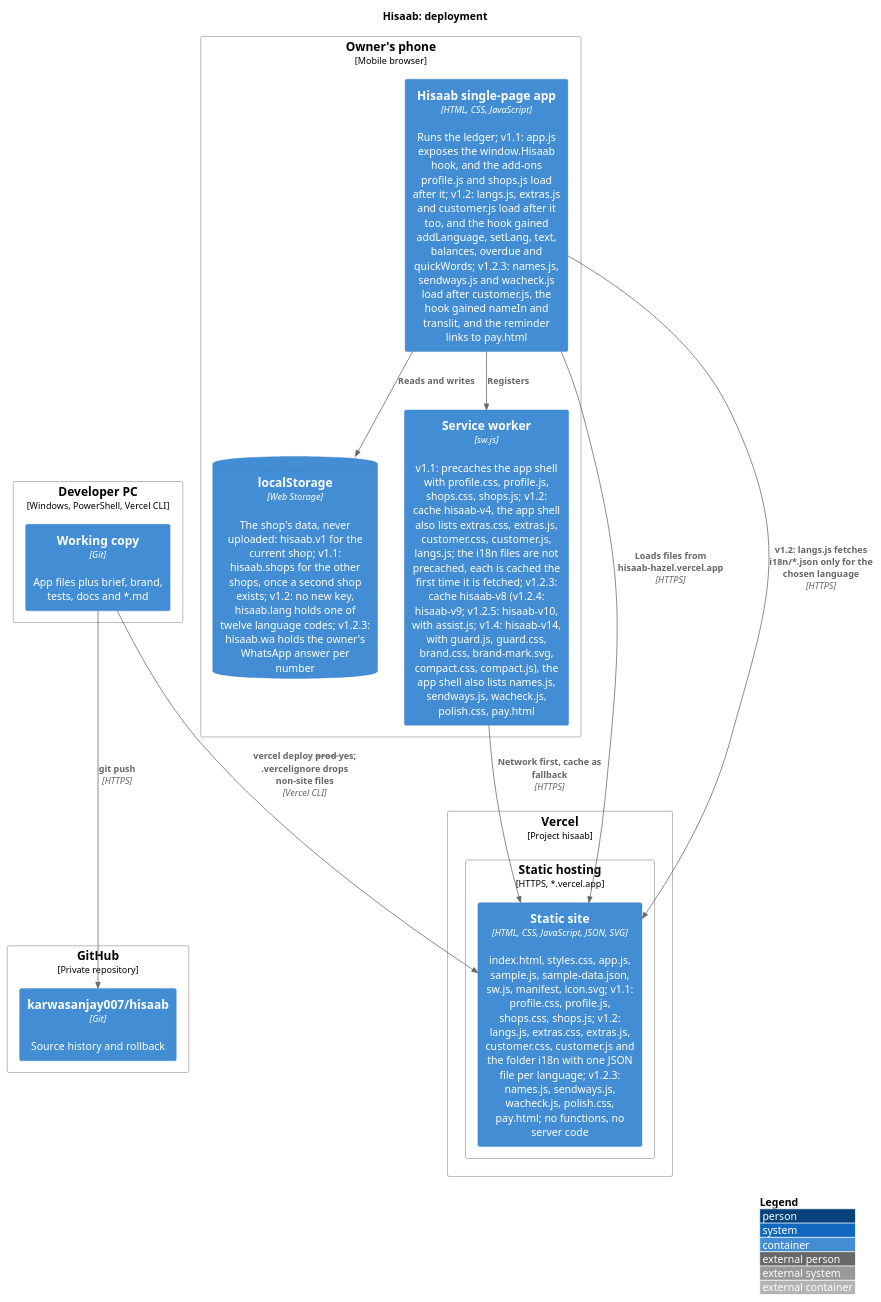
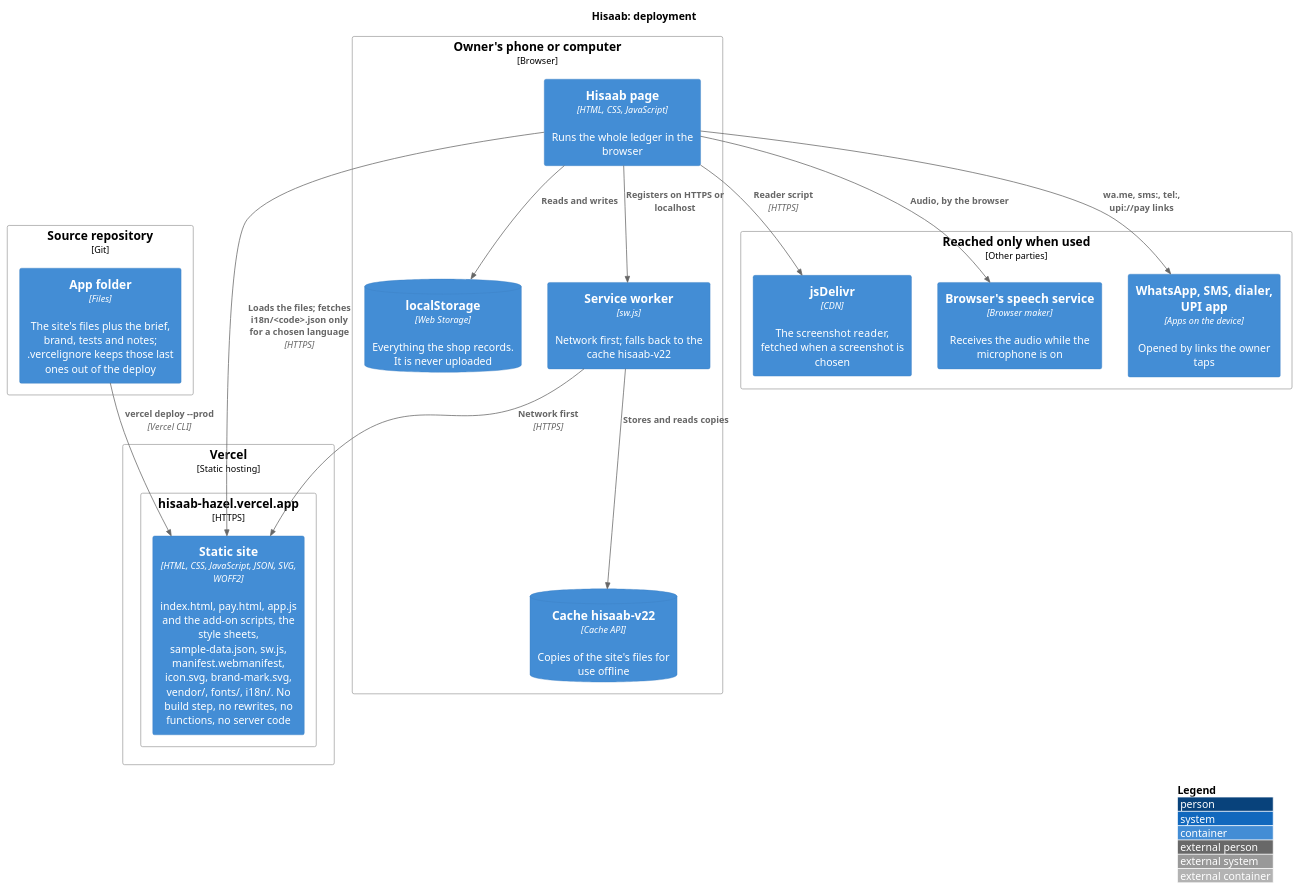
The diagram in docs/diagrams/deployment.puml (karwasanjay007/hisaab-docs), drawn with PlantUML before and after one commit. The commit also changed 62 other files, not shown here.

First line of the commit message:
Documents rewritten as one text about version 1.5.2.1, read from the code

```diff
--- a/docs/diagrams/deployment.puml
+++ b/docs/diagrams/deployment.puml
@@ -1,31 +1,36 @@
 @startuml deployment
 !include <C4/C4_Deployment>
 title Hisaab: deployment
 
-Deployment_Node(dev, "Developer PC", "Windows, PowerShell, Vercel CLI") {
-  Container(src, "Working copy", "Git", "App files plus brief, brand, tests, docs and *.md")
+Deployment_Node(repo, "Source repository", "Git") {
+  Container(src, "App folder", "Files", "The site's files plus the brief, brand, tests and notes; .vercelignore keeps those last ones out of the deploy")
 }
-Deployment_Node(gh, "GitHub", "Private repository") {
-  Container(repo, "karwasanjay007/hisaab", "Git", "Source history and rollback")
-}
-Deployment_Node(vc, "Vercel", "Project hisaab") {
-  Deployment_Node(edge, "Static hosting", "HTTPS, *.vercel.app") {
-    Container(site, "Static site", "HTML, CSS, JavaScript, JSON, SVG", "index.html, styles.css, app.js, sample.js, sample-data.json, sw.js, manifest, icon.svg; v1.1: profile.css, profile.js, shops.css, shops.js; v1.2: langs.js, extras.css, extras.js, customer.css, customer.js and the folder i18n with one JSON file per language; v1.2.3: names.js, sendways.js, wacheck.js, polish.css, pay.html; no functions, no server code")
+Deployment_Node(vc, "Vercel", "Static hosting") {
+  Deployment_Node(edge, "hisaab-hazel.vercel.app", "HTTPS") {
+    Container(site, "Static site", "HTML, CSS, JavaScript, JSON, SVG, WOFF2", "index.html, pay.html, app.js and the add-on scripts, the style sheets, sample-data.json, sw.js, manifest.webmanifest, icon.svg, brand-mark.svg, vendor/, fonts/, i18n/. No build step, no rewrites, no functions, no server code")
   }
 }
-Deployment_Node(phone, "Owner's phone", "Mobile browser") {
-  Container(app, "Hisaab single-page app", "HTML, CSS, JavaScript", "Runs the ledger; v1.1: app.js exposes the window.Hisaab hook, and the add-ons profile.js and shops.js load after it; v1.2: langs.js, extras.js and customer.js load after it too, and the hook gained addLanguage, setLang, text, balances, overdue and quickWords; v1.2.3: names.js, sendways.js and wacheck.js load after customer.js, the hook gained nameIn and translit, and the reminder links to pay.html")
-  ContainerDb(store, "localStorage", "Web Storage", "The shop's data, never uploaded: hisaab.v1 for the current shop; v1.1: hisaab.shops for the other shops, once a second shop exists; v1.2: no new key, hisaab.lang holds one of twelve language codes; v1.2.3: hisaab.wa holds the owner's WhatsApp answer per number")
-  Container(swk, "Service worker", "sw.js", "v1.1: precaches the app shell with profile.css, profile.js, shops.css, shops.js; v1.2: cache hisaab-v4, the app shell also lists extras.css, extras.js, customer.css, customer.js, langs.js; the i18n files are not precached, each is cached the first time it is fetched; v1.2.3: cache hisaab-v8 (v1.2.4: hisaab-v9; v1.2.5: hisaab-v10, with assist.js; v1.4: hisaab-v14, with guard.js, guard.css, brand.css, brand-mark.svg, compact.css, compact.js), the app shell also lists names.js, sendways.js, wacheck.js, polish.css, pay.html")
+Deployment_Node(device, "Owner's phone or computer", "Browser") {
+  Container(app, "Hisaab page", "HTML, CSS, JavaScript", "Runs the whole ledger in the browser")
+  ContainerDb(store, "localStorage", "Web Storage", "Everything the shop records. It is never uploaded")
+  Container(swk, "Service worker", "sw.js", "Network first; falls back to the cache hisaab-v22")
+  ContainerDb(cache, "Cache hisaab-v22", "Cache API", "Copies of the site's files for use offline")
+}
+Deployment_Node(out, "Reached only when used", "Other parties") {
+  Container(cdn, "jsDelivr", "CDN", "The screenshot reader, fetched when a screenshot is chosen")
+  Container(speech, "Browser's speech service", "Browser maker", "Receives the audio while the microphone is on")
+  Container(apps, "WhatsApp, SMS, dialer, UPI app", "Apps on the device", "Opened by links the owner taps")
 }
 
-Rel(src, repo, "git push", "HTTPS")
-Rel(src, site, "vercel deploy --prod --yes; .vercelignore drops non-site files", "Vercel CLI")
-Rel(app, site, "Loads files from hisaab-hazel.vercel.app", "HTTPS")
-Rel(app, site, "v1.2: langs.js fetches i18n/*.json only for the chosen language", "HTTPS")
+Rel(src, site, "vercel deploy --prod", "Vercel CLI")
+Rel(app, site, "Loads the files; fetches i18n/<code>.json only for a chosen language", "HTTPS")
 Rel(app, store, "Reads and writes")
-Rel(app, swk, "Registers")
-Rel(swk, site, "Network first, cache as fallback", "HTTPS")
+Rel(app, swk, "Registers on HTTPS or localhost")
+Rel(swk, site, "Network first", "HTTPS")
+Rel(swk, cache, "Stores and reads copies")
+Rel(app, cdn, "Reader script", "HTTPS")
+Rel(app, speech, "Audio, by the browser")
+Rel(app, apps, "wa.me, sms:, tel:, upi://pay links")
 
 LAYOUT_WITH_LEGEND()
 @enduml
```
